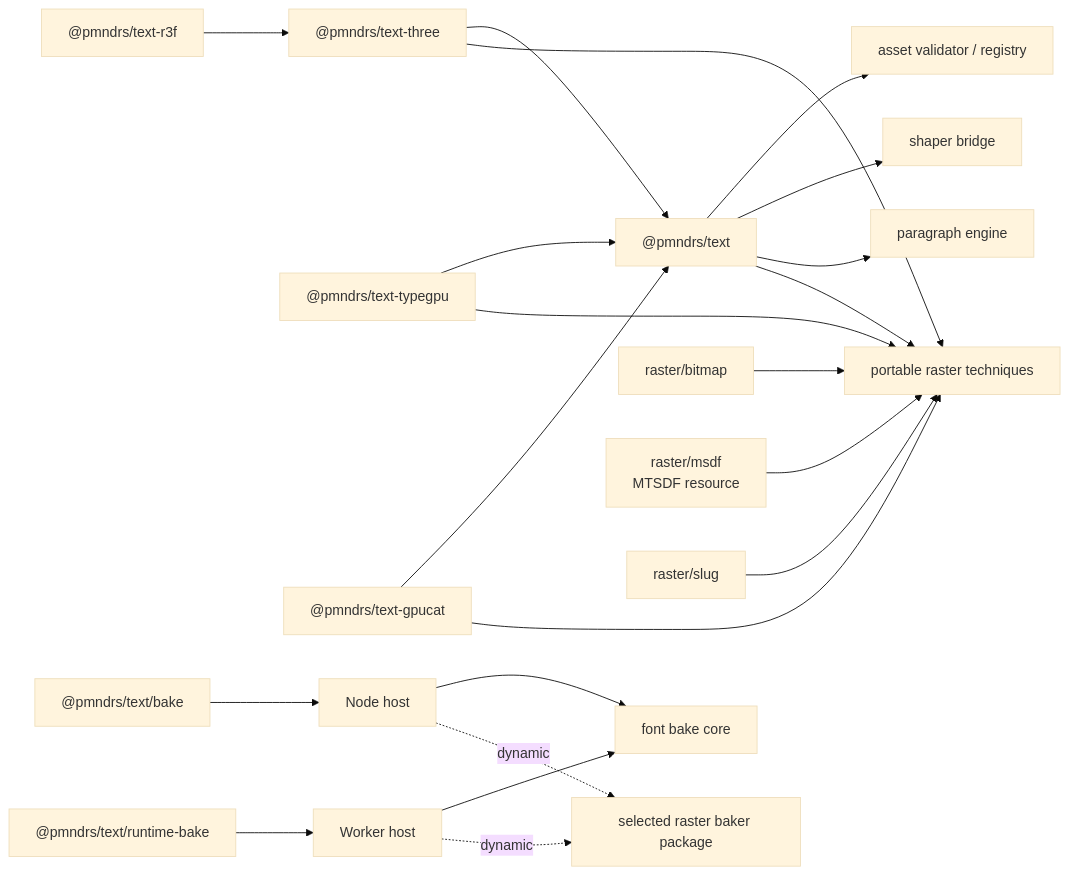
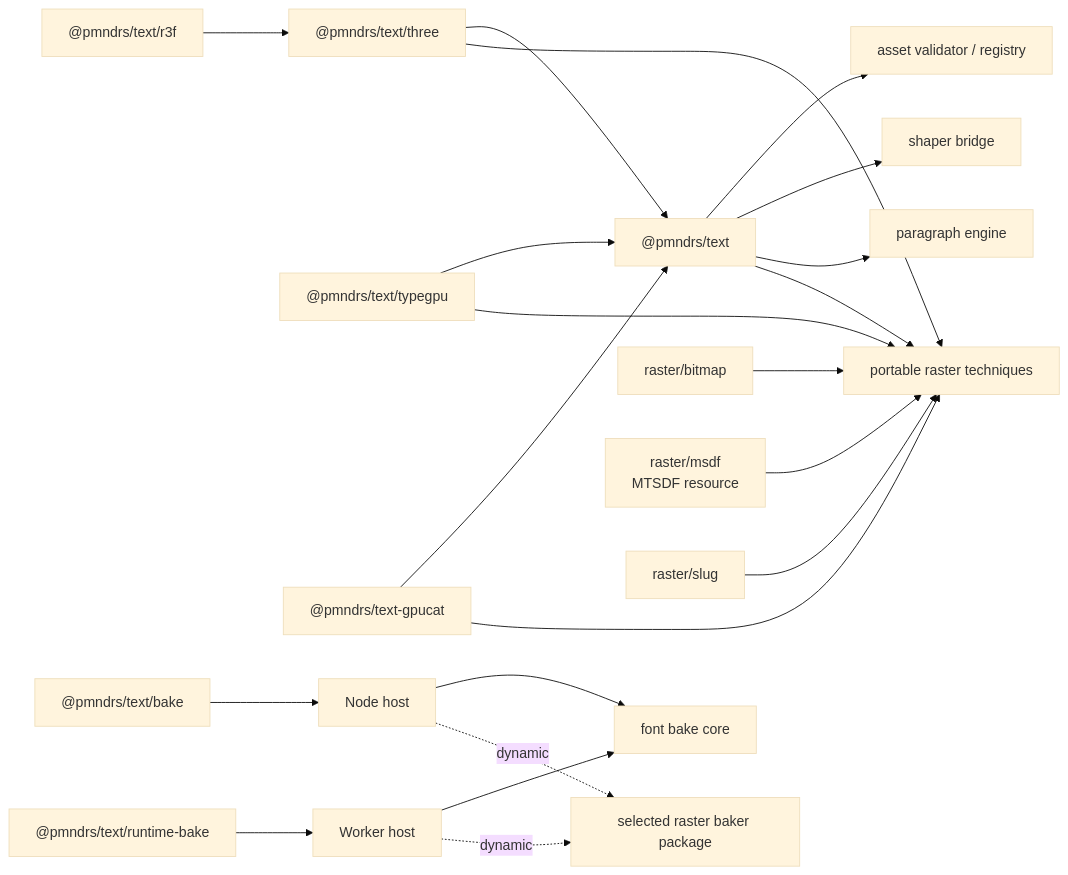
The third of 6 diagrams in docs/planning/architecture.md (alvarosabu/glyph), drawn with Mermaid (base theme) before and after one commit. The commit also changed other lines of this file and 211 other files, not shown here.

First line of the commit message:
feat: target-v1 core API, Three integration, and layout performance (#45)

````diff
--- a/docs/planning/architecture.md
+++ b/docs/planning/architecture.md
@@ -249,20 +249,20 @@
 ```mermaid
 flowchart LR
-  React["@pmndrs/text-r3f"] --> Three["@pmndrs/text-three"] --> Core["@pmndrs/text"]
-  TypeGPU["@pmndrs/text-typegpu"] --> Core
+  React["@pmndrs/text/r3f"] --> Three["@pmndrs/text/three"] --> Core["@pmndrs/text"]
+  TypeGPU["@pmndrs/text/typegpu"] --> Core
   Gpucat["@pmndrs/text-gpucat"] --> Core
   Core --> Registry["asset validator / registry"]
   Core --> Shaper["shaper bridge"]
   Core --> Paragraph["paragraph engine"]
   Core --> Interfaces["portable raster techniques"]
   Bake["@pmndrs/text/bake"] --> Node["Node host"] --> Shared["font bake core"]
   Runtime["@pmndrs/text/runtime-bake"] --> Worker["Worker host"] --> Shared
   Node -. "dynamic" .-> Generator["selected raster baker package"]
   Worker -. "dynamic" .-> Generator
   Bitmap["raster/bitmap"] --> Interfaces
   Msdf["raster/msdf<br/>MTSDF resource"] --> Interfaces
   Slug["raster/slug"] --> Interfaces
   Three --> Interfaces
   TypeGPU --> Interfaces
   Gpucat --> Interfaces
 ```
````
